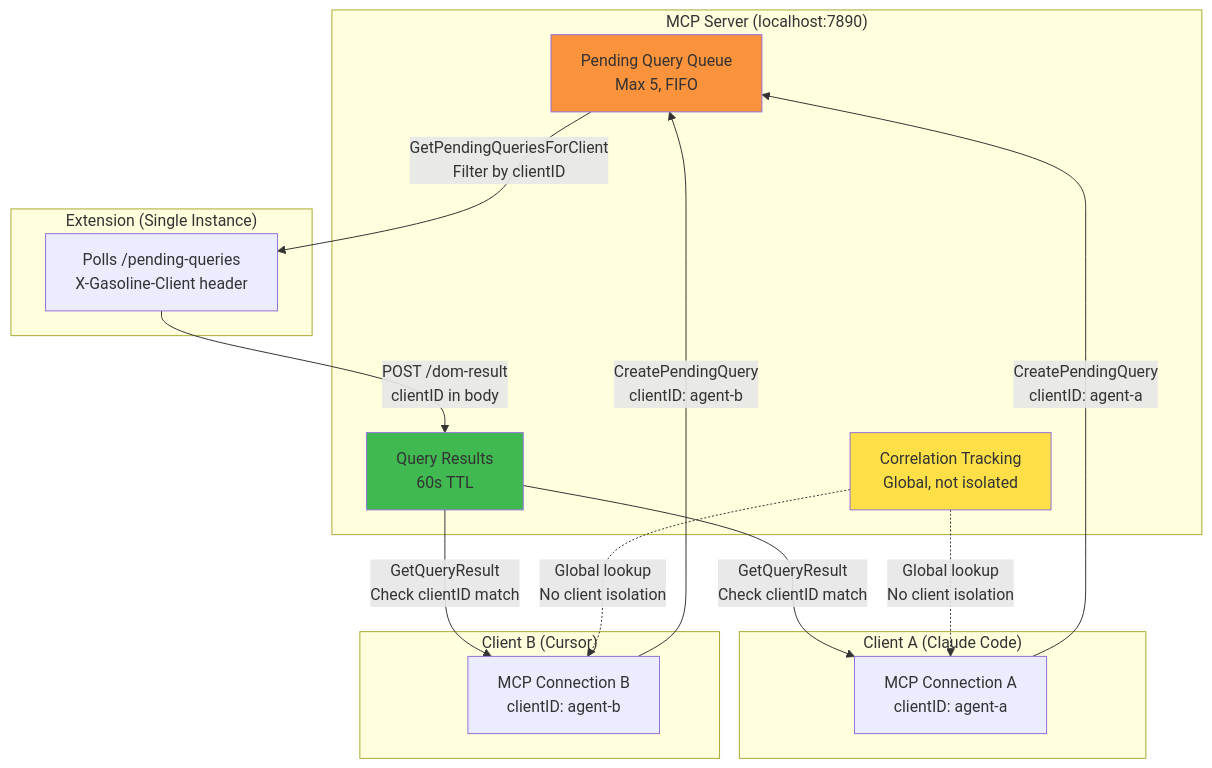
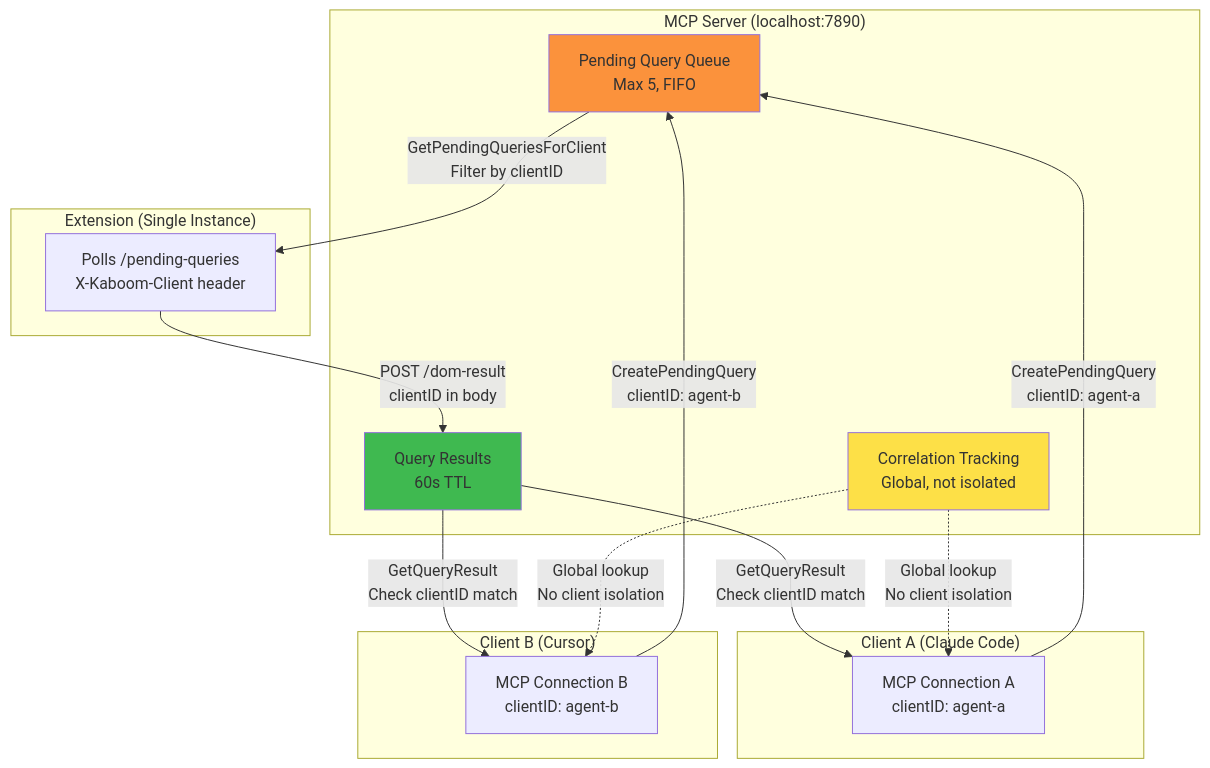
One commit to brennhill/gasoline-mcp-ai-devtools changed the fourth of 5 diagrams in docs/architecture/diagrams/async-queue-flow.md. Above: the diagram before and after it, drawn with Mermaid. The commit also changed 1983 other files, not shown here.

````diff
--- a/docs/architecture/diagrams/async-queue-flow.md
+++ b/docs/architecture/diagrams/async-queue-flow.md
@@ -103,37 +103,37 @@
 ```mermaid
 graph TB
     subgraph "MCP Server (localhost:7890)"
         Queue[Pending Query Queue<br/>Max 5, FIFO]
         Results[Query Results<br/>60s TTL]
         Correlation[Correlation Tracking<br/>Global, not isolated]
     end
 
     subgraph "Client A (Claude Code)"
         MCP_A[MCP Connection A<br/>clientID: agent-a]
     end
 
     subgraph "Client B (Cursor)"
         MCP_B[MCP Connection B<br/>clientID: agent-b]
     end
 
     subgraph "Extension (Single Instance)"
-        Poll[Polls /pending-queries<br/>X-Gasoline-Client header]
+        Poll[Polls /pending-queries<br/>X-Kaboom-Client header]
     end
 
     MCP_A -->|CreatePendingQuery<br/>clientID: agent-a| Queue
     MCP_B -->|CreatePendingQuery<br/>clientID: agent-b| Queue
 
     Queue -->|GetPendingQueriesForClient<br/>Filter by clientID| Poll
 
     Poll -->|POST /dom-result<br/>clientID in body| Results
 
     Results -->|GetQueryResult<br/>Check clientID match| MCP_A
     Results -->|GetQueryResult<br/>Check clientID match| MCP_B
 
     Correlation -.->|Global lookup<br/>No client isolation| MCP_A
     Correlation -.->|Global lookup<br/>No client isolation| MCP_B
 
     style Correlation fill:#fde047
     style Queue fill:#fb923c
     style Results fill:#3fb950
 ```
````
